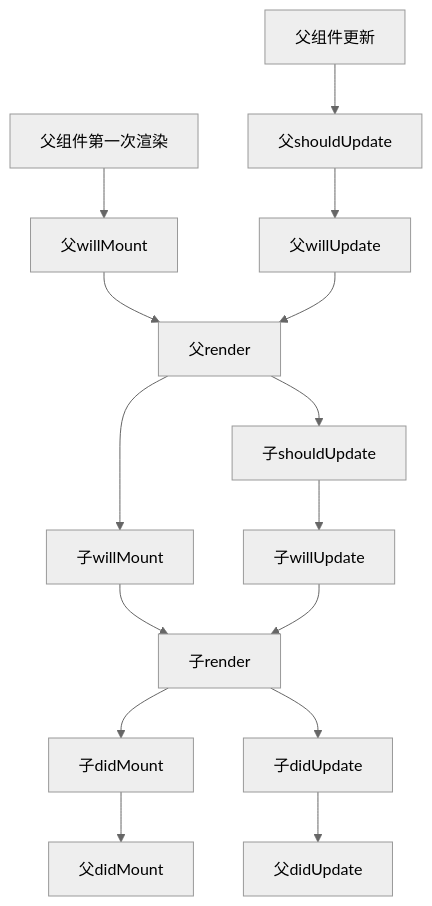
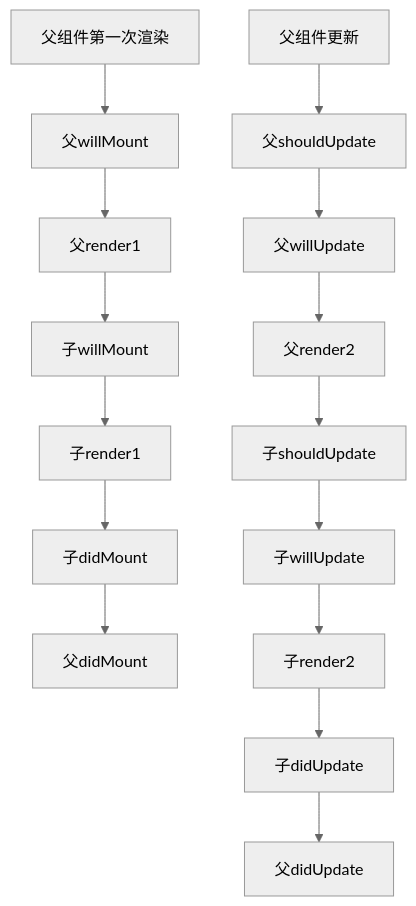
The second of 2 diagrams in README.md (worker-zcc/r-03), drawn with Mermaid (neutral theme) before and after one commit. The commit also changed other lines of this file, not shown here.

````diff
--- a/README.md
+++ b/README.md
@@ -441,20 +472,20 @@
   ```mermaid
       graph
 
       父组件第一次渲染 --> 父willMount
-      父willMount --> 父render
-      父render --> 子willMount
-      子willMount --> 子render
-      子render --> 子didMount
+      父willMount --> 父render1
+      父render1 --> 子willMount
+      子willMount --> 子render1
+      子render1 --> 子didMount
       子didMount --> 父didMount
 
       父组件更新 --> 父shouldUpdate
       父shouldUpdate --> 父willUpdate
-      父willUpdate --> 父render
-      父render --> 子shouldUpdate
+      父willUpdate --> 父render2
+      父render2 --> 子shouldUpdate
       子shouldUpdate --> 子willUpdate
-      子willUpdate --> 子render
-      子render --> 子didUpdate
+      子willUpdate --> 子render2
+      子render2 --> 子didUpdate
       子didUpdate --> 父didUpdate
 
   ```
````
